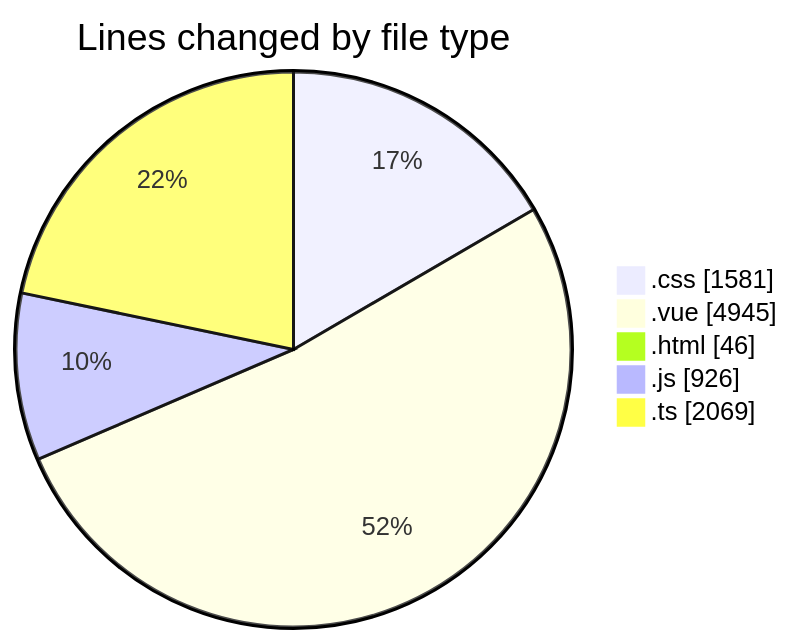
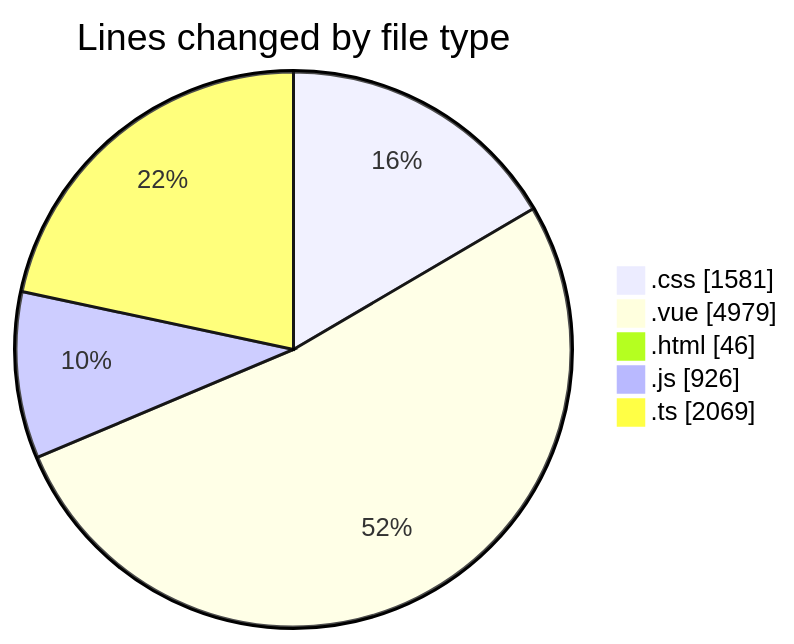
One commit to lephambinh05/code-tracking changed the first of 2 diagrams in 2025-08-18/rentotp/README.md. Above: the diagram before and after it, drawn with Mermaid. The commit also changed other lines of this file and 1 other file, not shown here.

````diff
--- a/2025-08-18/rentotp/README.md
+++ b/2025-08-18/rentotp/README.md
@@ -51,9 +51,9 @@
 ```mermaid
 pie showData
 title Lines changed by file type
 ".css" : 1581
-".vue" : 4945
+".vue" : 4979
 ".html" : 46
 ".js" : 926
 ".ts" : 2069
 ```
````
